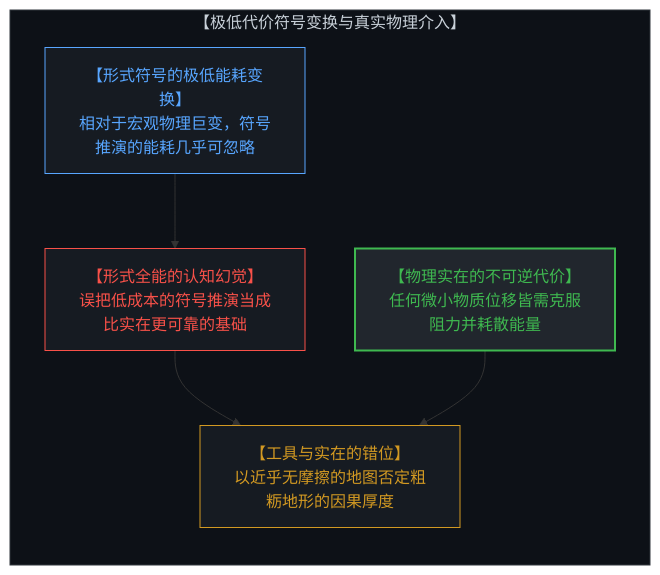
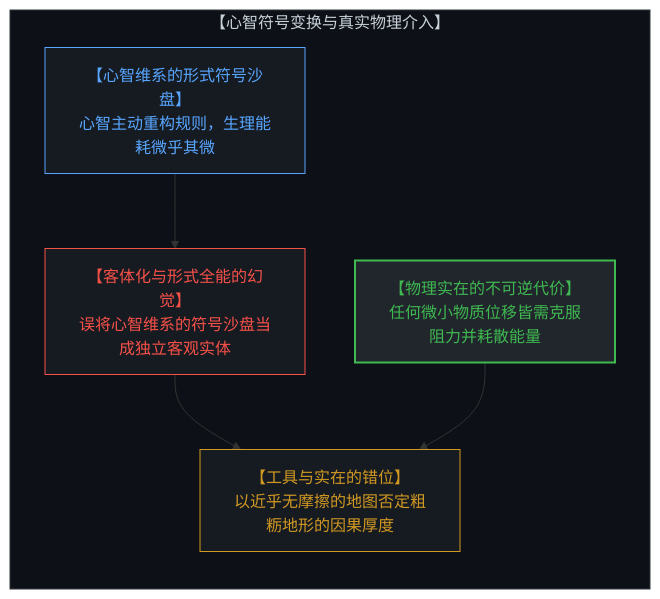
One commit to powerpig99/not-a-toe changed the first of 6 diagrams in content/posts/the-illusion-of-the-tool-and-the-inversion-of-time.md. Above: the diagram before and after it, drawn with Mermaid. The commit also changed other lines of this file and 3 other files, not shown here.

Commit message:
Ground mathematical models strictly in the Mind holding them and eliminate reification in Post #313

````diff
--- a/content/posts/the-illusion-of-the-tool-and-the-inversion-of-time.md
+++ b/content/posts/the-illusion-of-the-tool-and-the-inversion-of-time.md
@@ -23,18 +24,18 @@
 ```mermaid
 graph TD
-    subgraph ZeroCostVsPhysicalCost["【极低代价符号变换与真实物理介入】"]
+    subgraph ZeroCostVsPhysicalCost["【心智符号变换与真实物理介入】"]
         direction TB
-        MathSpace["【形式符号的极低能耗变换】<br>相对于宏观物理巨变，符号推演的能耗几乎可忽略"]
-        CognitiveOmnipotence["【形式全能的认知幻觉】<br>误把低成本的符号推演当成比实在更可靠的基础"]
+        MindSustainedSandbox["【心智维系的形式符号沙盘】<br>心智主动重构规则，生理能耗微乎其微"]
+        ReificationIllusion["【客体化与形式全能的幻觉】<br>误将心智维系的符号沙盘当成独立客观实体"]
         LivingReality["【物理实在的不可逆代价】<br>任何微小物质位移皆需克服阻力并耗散能量"]
         TheFirstInversion["【工具与实在的错位】<br>以近乎无摩擦的地图否定粗粝地形的因果厚度"]
-        MathSpace --> CognitiveOmnipotence
-        CognitiveOmnipotence --> TheFirstInversion
+        MindSustainedSandbox --> ReificationIllusion
+        ReificationIllusion --> TheFirstInversion
         LivingReality --> TheFirstInversion
     end
     style ZeroCostVsPhysicalCost fill:#0d1117,stroke:#30363d,stroke-width:1px,color:#c9d1d9
-    style MathSpace fill:#161b22,stroke:#58a6ff,stroke-width:1px,color:#58a6ff
-    style CognitiveOmnipotence fill:#161b22,stroke:#f85149,stroke-width:1px,color:#f85149
+    style MindSustainedSandbox fill:#161b22,stroke:#58a6ff,stroke-width:1px,color:#58a6ff
+    style ReificationIllusion fill:#161b22,stroke:#f85149,stroke-width:1px,color:#f85149
     style LivingReality fill:#21262d,stroke:#3fb950,stroke-width:2px,color:#3fb950
     style TheFirstInversion fill:#161b22,stroke:#d29922,stroke-width:1px,color:#d29922
 ```
````
